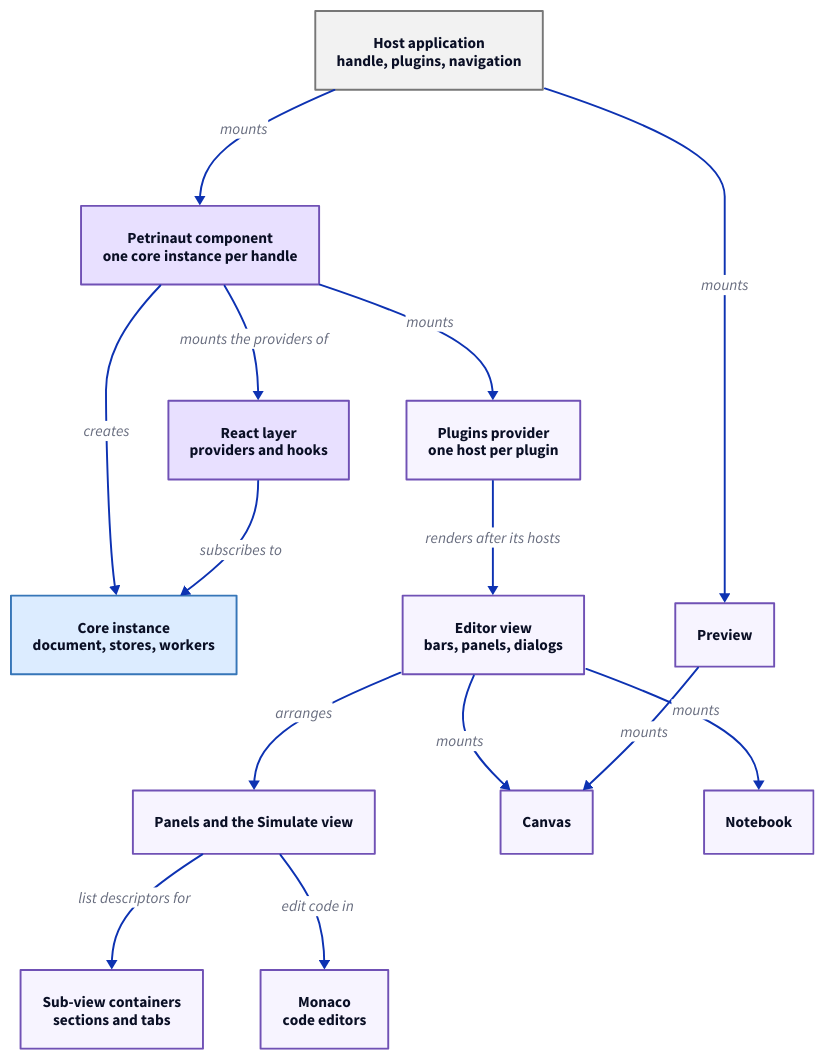
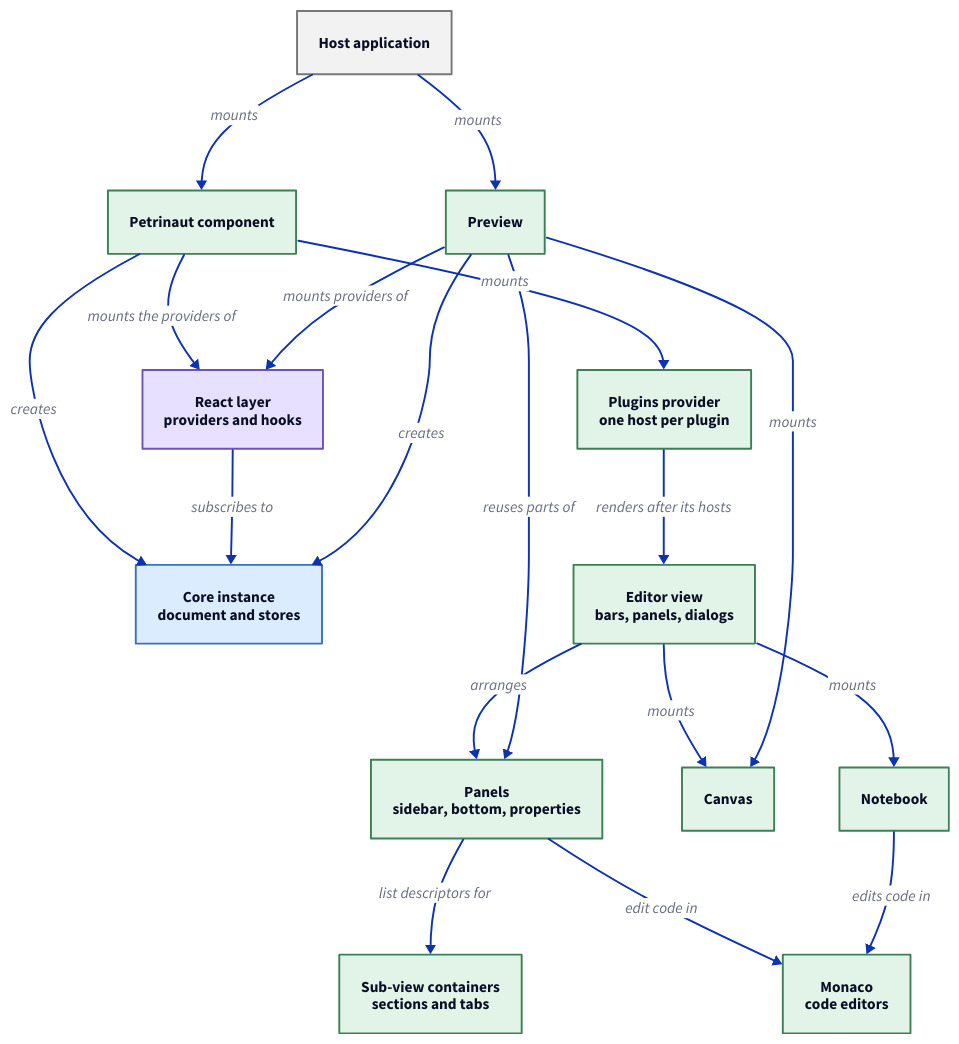
The diagram in apps/petrinaut-docs/content/diagrams/editor-layers.d2 (hashintel/hash), drawn with D2 before and after one commit.

Commit message:
FE-2319: Correct the editor layers diagram
The preview creates its own instance, mounts React providers and reuses panel parts; the instance owns no worker; the Notebook edits code in Monaco. UI parts take the green of the generated diagrams.

```diff
--- a/apps/petrinaut-docs/content/diagrams/editor-layers.d2
+++ b/apps/petrinaut-docs/content/diagrams/editor-layers.d2
@@ -1,31 +1,43 @@
-# Hand-written; rendered by the arch-docs build. The editor's parts use the
-# purple palette, the core the blue one, the host the grey one.
+# Hand-written; rendered by the arch-docs build. The colours are those of the
+# generated diagrams: green for the UI layer, purple for the React layer, blue
+# for the core, grey for the host.
 direction: down
 
-host: "Host application\nhandle, plugins, navigation" {style.fill: "#f2f2f2"; style.stroke: "#777777"}
-core: "Core instance\ndocument, stores, workers" {style.fill: "#dcecff"; style.stroke: "#3676b8"}
+classes: {
+  ui: {style.fill: "#e2f4e8"; style.stroke: "#3d8055"}
+  react: {style.fill: "#e8e0ff"; style.stroke: "#7051b5"}
+  core: {style.fill: "#dcecff"; style.stroke: "#3676b8"}
+  other: {style.fill: "#f2f2f2"; style.stroke: "#777777"}
+}
 
-petrinaut: "Petrinaut component\none core instance per handle" {style.fill: "#e8e0ff"; style.stroke: "#7051b5"}
-react: "React layer\nproviders and hooks" {style.fill: "#e8e0ff"; style.stroke: "#7051b5"}
-plugins: "Plugins provider\none host per plugin" {style.fill: "#f7f4ff"; style.stroke: "#7051b5"}
-shell: "Editor view\nbars, panels, dialogs" {style.fill: "#f7f4ff"; style.stroke: "#7051b5"}
-panels: "Panels and the Simulate view" {style.fill: "#f7f4ff"; style.stroke: "#7051b5"}
-canvas: "Canvas" {style.fill: "#f7f4ff"; style.stroke: "#7051b5"}
-notebook: "Notebook" {style.fill: "#f7f4ff"; style.stroke: "#7051b5"}
-sub-views: "Sub-view containers\nsections and tabs" {style.fill: "#f7f4ff"; style.stroke: "#7051b5"}
-monaco: "Monaco\ncode editors" {style.fill: "#f7f4ff"; style.stroke: "#7051b5"}
-preview: "Preview" {style.fill: "#f7f4ff"; style.stroke: "#7051b5"}
+host: "Host application" {class: other}
+core: "Core instance\ndocument and stores" {class: core}
+
+petrinaut: "Petrinaut component" {class: ui}
+react: "React layer\nproviders and hooks" {class: react}
+plugins: "Plugins provider\none host per plugin" {class: ui}
+editor: "Editor view\nbars, panels, dialogs" {class: ui}
+panels: "Panels\nsidebar, bottom, properties" {class: ui}
+canvas: "Canvas" {class: ui}
+notebook: "Notebook" {class: ui}
+sub-views: "Sub-view containers\nsections and tabs" {class: ui}
+monaco: "Monaco\ncode editors" {class: ui}
+preview: "Preview" {class: ui}
 
 host -> petrinaut: mounts
 host -> preview: mounts
 petrinaut -> core: creates
 petrinaut -> react: "mounts the providers of"
 react -> core: "subscribes to"
 petrinaut -> plugins: mounts
-plugins -> shell: "renders after its hosts"
-shell -> panels: arranges
-shell -> canvas: mounts
-shell -> notebook: mounts
+plugins -> editor: "renders after its hosts"
+editor -> panels: arranges
+editor -> canvas: mounts
+editor -> notebook: mounts
 panels -> sub-views: "list descriptors for"
 panels -> monaco: "edit code in"
+notebook -> monaco: "edits code in"
+preview -> core: creates
+preview -> react: "mounts providers of"
 preview -> canvas: mounts
+preview -> panels: "reuses parts of"
```
